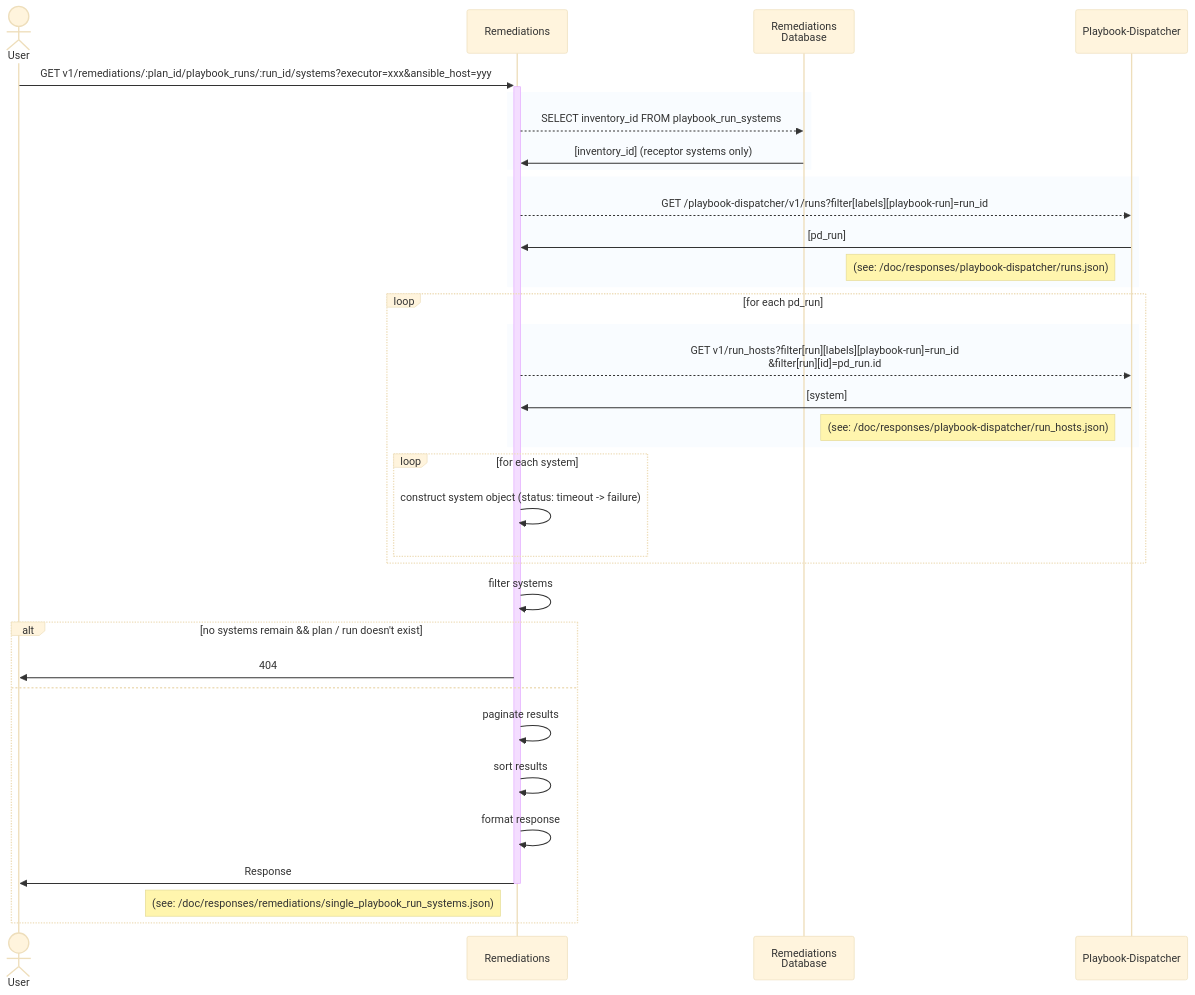
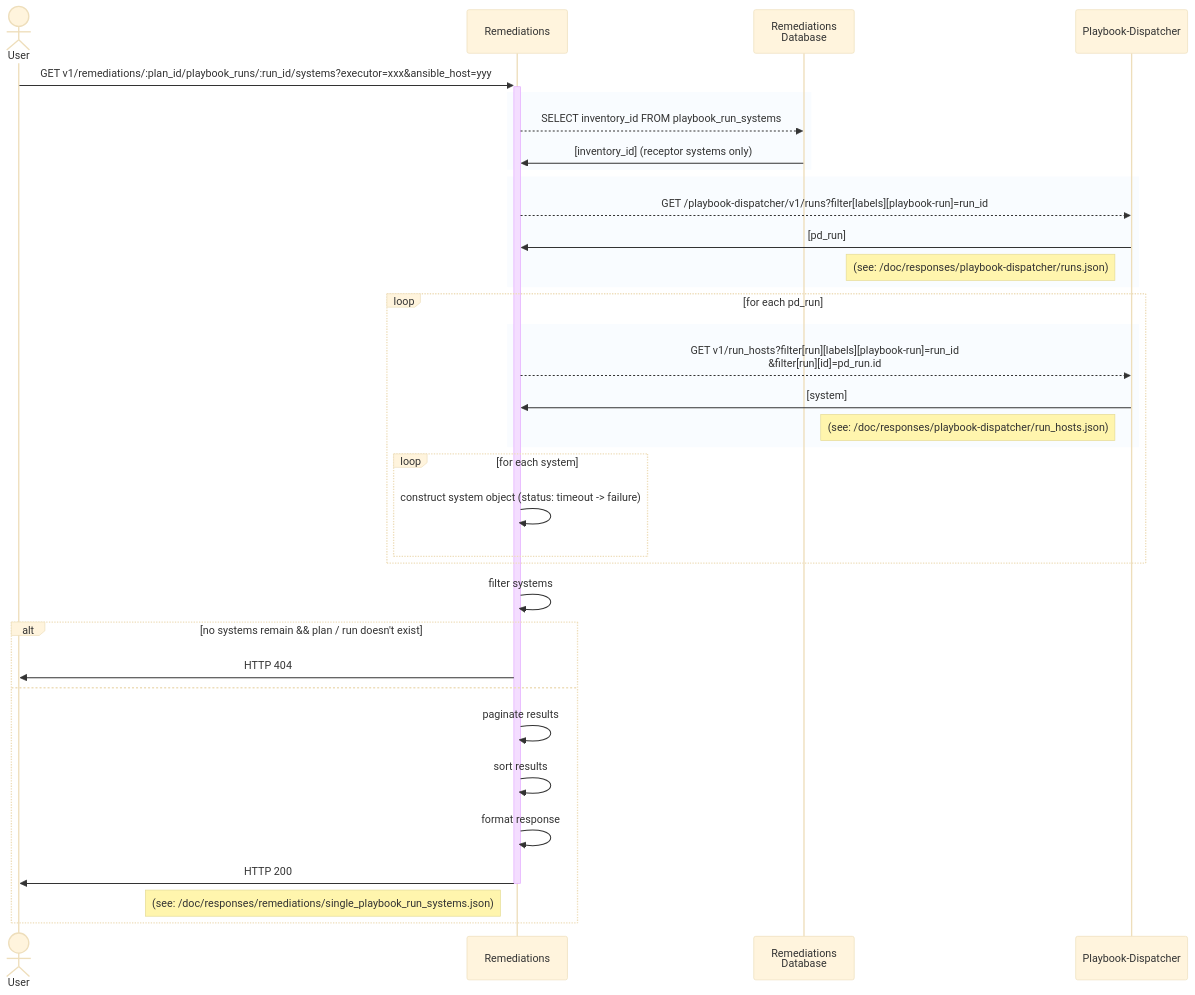
The diagram in doc/diagrams/v1/remediations/{plan_id}/playbook_runs/getSystems.md (RedHatInsights/insights-remediations), drawn with Mermaid (base theme) before and after one commit. The commit also changed 5 other files, not shown here.

First line of the commit message:
RHINENG-16334: Add sequence diagram for POST v1/remediations

````diff
--- a/doc/diagrams/v1/remediations/{plan_id}/playbook_runs/getSystems.md
+++ b/doc/diagrams/v1/remediations/{plan_id}/playbook_runs/getSystems.md
@@ -19,38 +19,38 @@
 ```mermaid
 sequenceDiagram
     actor u as User
     participant rem as Remediations
     participant db as Remediations<br>Database
     participant pd as Playbook-Dispatcher
 
     u ->> + rem: GET v1/remediations/:plan_id/playbook_runs/:run_id/systems?executor=xxx&ansible_host=yyy
     rect rgba(191, 223, 255, .1)
        rem -->> db: SELECT inventory_id FROM playbook_run_systems
        db ->> rem: [inventory_id] (receptor systems only)
     end
     rect rgba(191, 223, 255, .1)
        rem -->> pd: GET /playbook-dispatcher/v1/runs?filter[labels][playbook-run]=run_id
        pd ->> rem: [pd_run]
        note left of pd: (see: /doc/responses/playbook-dispatcher/runs.json)
     end
     loop for each pd_run
         rect rgba(191, 223, 255, .1)
            rem -->> pd: GET v1/run_hosts?filter[run][labels][playbook-run]=run_id<br/>&filter[run][id]=pd_run.id
            pd ->> rem: [system]
            note left of pd: (see: /doc/responses/playbook-dispatcher/run_hosts.json)
         end
         loop for each system
             rem ->> rem: construct system object (status: timeout -> failure)
         end
     end
     rem ->> rem: filter systems
     alt no systems remain && plan / run doesn't exist
-        rem ->> u: 404
+        rem ->> u: HTTP 404
     else
        rem ->> rem: paginate results
        rem ->> rem: sort results
        rem ->> rem: format response
-       rem ->> - u: Response
+       rem ->> - u: HTTP 200
        note left of rem: (see: /doc/responses/remediations/single_playbook_run_systems.json)
     end
 ```
````
